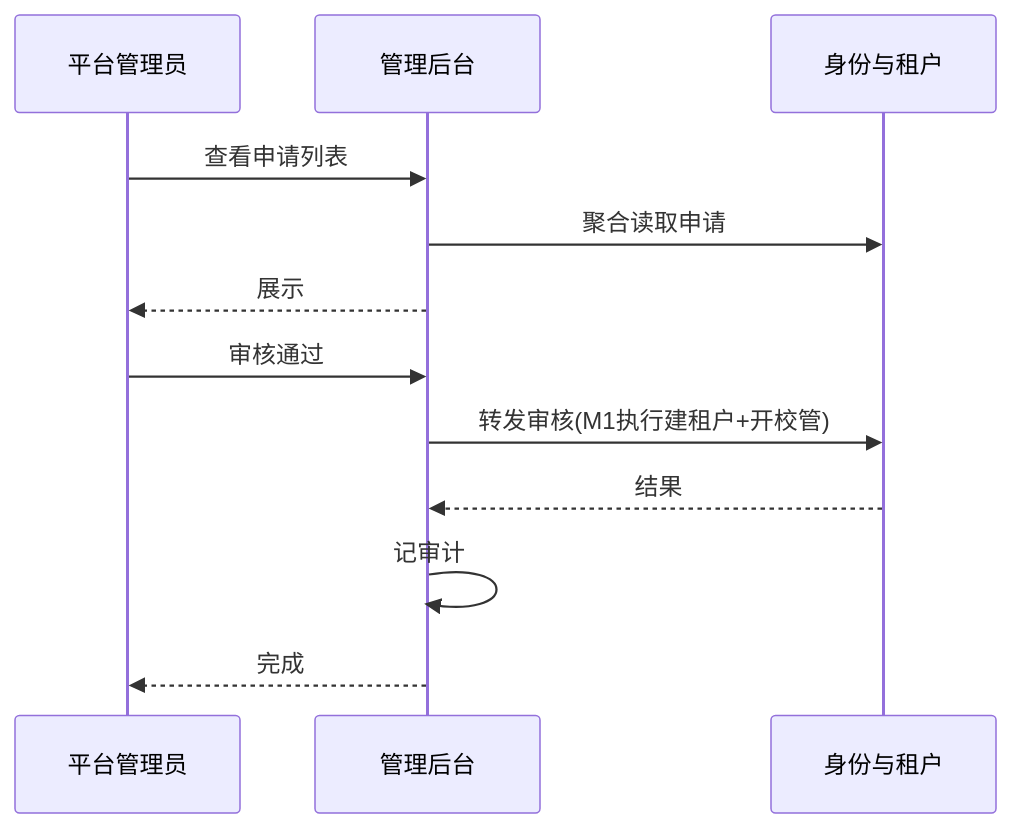
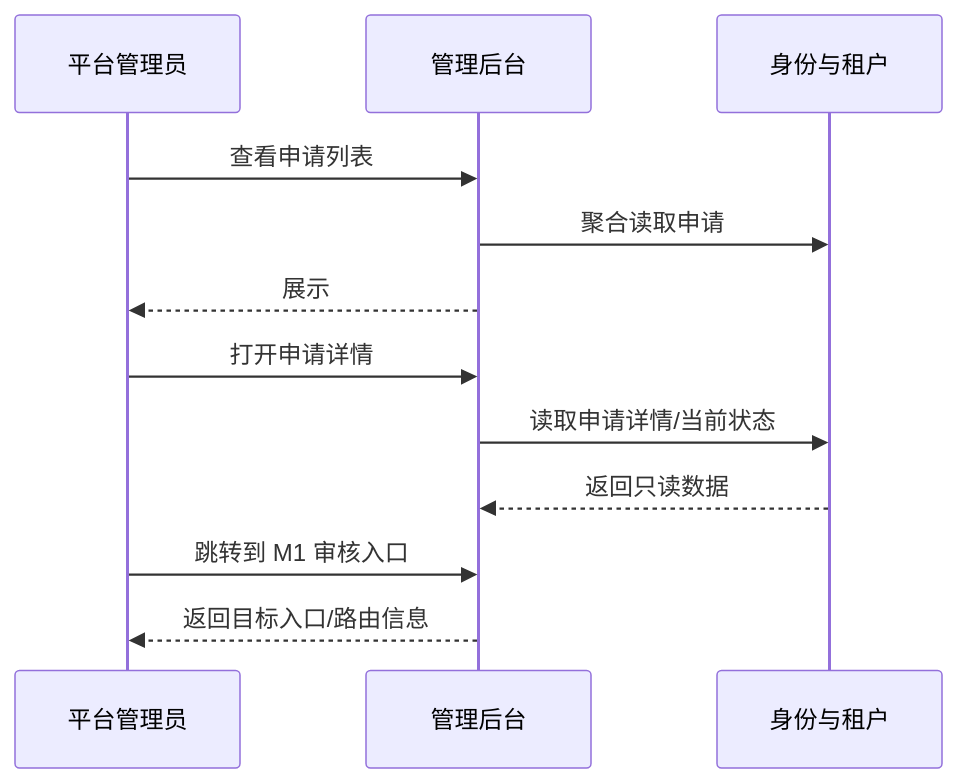
The second of 7 diagrams in docs/09-管理后台/04-业务流程与状态机.md (menghuishisan/CHAIMIR), drawn with Mermaid before and after one commit. The commit also changed other lines of this file and 575 other files, not shown here.

````diff
--- a/docs/09-管理后台/04-业务流程与状态机.md
+++ b/docs/09-管理后台/04-业务流程与状态机.md
@@ -27,14 +27,14 @@
 ```mermaid
 sequenceDiagram
     participant A as 平台管理员
     participant M9 as 管理后台
     participant M1 as 身份与租户
     A->>M9: 查看申请列表
     M9->>M1: 聚合读取申请
     M9-->>A: 展示
-    A->>M9: 审核通过
-    M9->>M1: 转发审核(M1执行建租户+开校管)
-    M1-->>M9: 结果
-    M9->>M9: 记审计
-    M9-->>A: 完成
+    A->>M9: 打开申请详情
+    M9->>M1: 读取申请详情/当前状态
+    M1-->>M9: 返回只读数据
+    A->>M9: 跳转到 M1 审核入口
+    M9-->>A: 返回目标入口/路由信息
 ```
````
